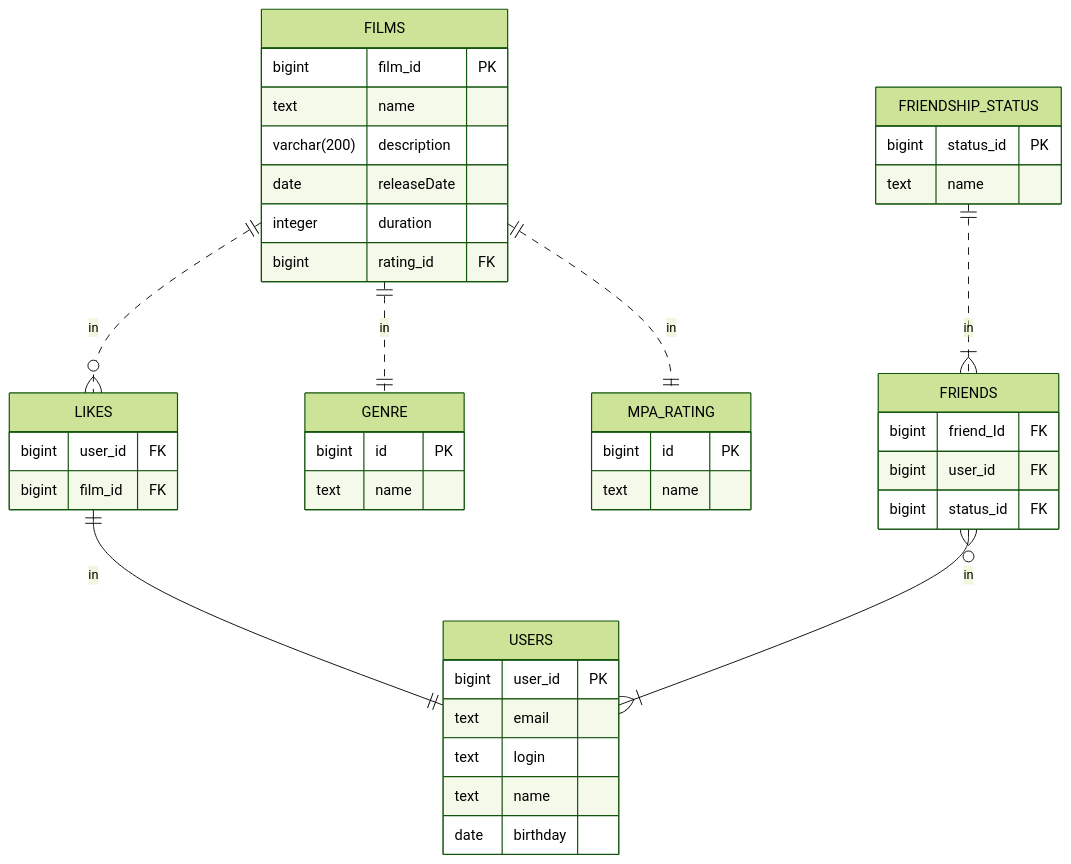
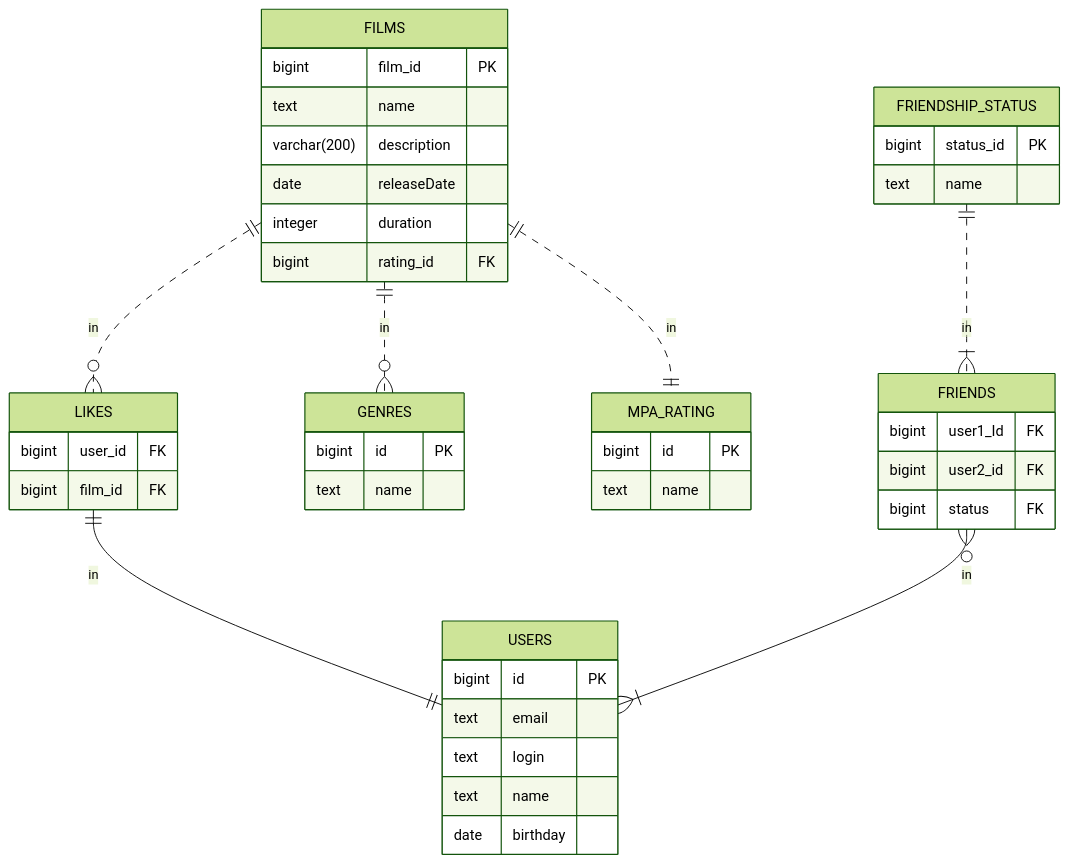
The diagram in README.md (NorthenGirl/java-filmorate), drawn with Mermaid (forest theme) before and after one commit. The commit also changed other lines of this file and 42 other files, not shown here.

````diff
--- a/README.md
+++ b/README.md
@@ -4,48 +4,48 @@
 ```mermaid
 erDiagram
     FILMS{
         bigint film_id PK
         text name
         varchar(200) description
         date releaseDate
         integer duration
         bigint rating_id FK
     }
     
     
     LIKES {
         bigint user_id FK
         bigint film_id FK
     }
-    GENRE {
+    GENRES {
         bigint id PK
         text name
     }
     MPA_RATING {
         bigint id PK
         text name
     }
     USERS {
-        bigint user_id PK
+        bigint id PK
         text email
         text login
         text name
         date birthday
     }
     FRIENDS {
-        bigint friend_Id FK
-        bigint user_id FK
-        bigint status_id FK
+        bigint user1_Id FK
+        bigint user2_id FK
+        bigint status FK
         
     }
     FRIENDSHIP_STATUS {
         bigint status_id PK
         text name
     }
     FILMS || .. o{ LIKES: in
     FILMS || .. || MPA_RATING: in
     LIKES || -- || USERS: in
-    FILMS || .. || GENRE: in
+    FILMS || .. o{ GENRES: in
     FRIENDS }o -- |{ USERS: in
     FRIENDSHIP_STATUS || .. |{ FRIENDS: in
 ```
````
